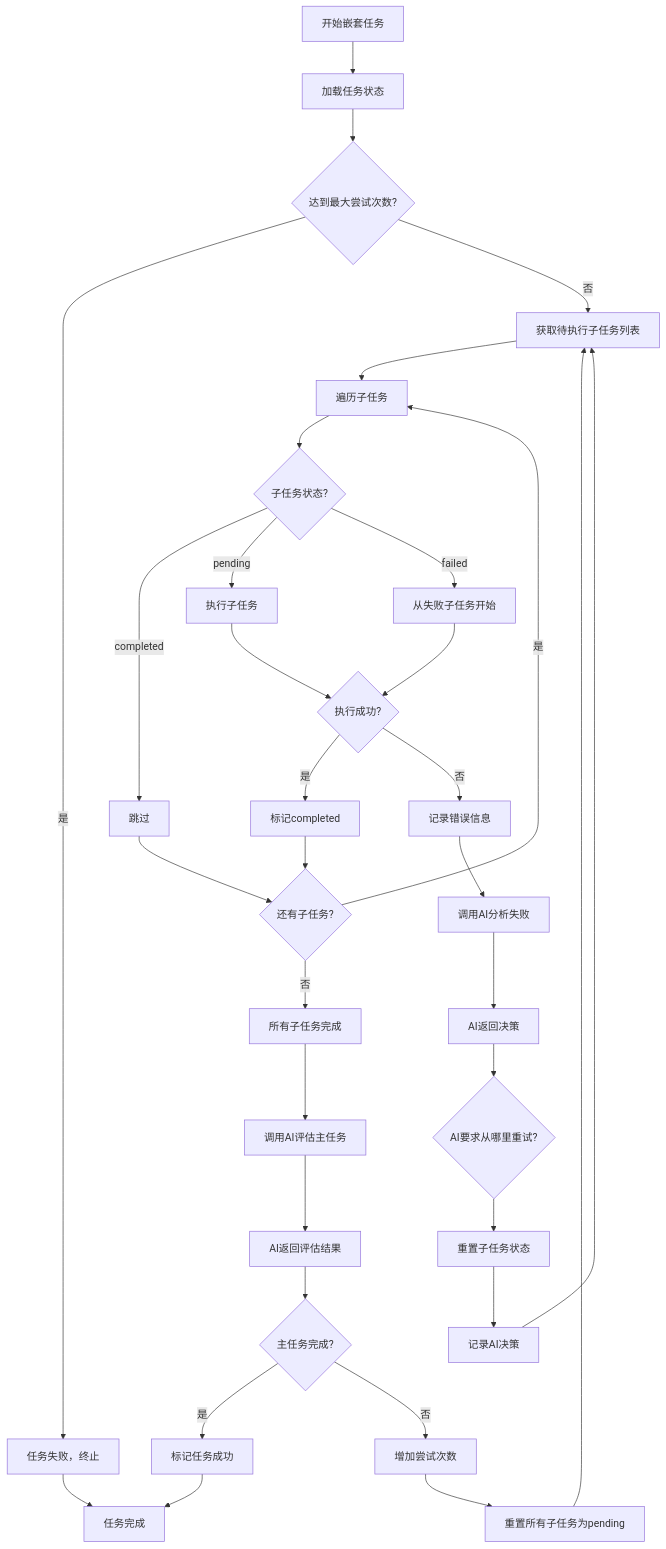
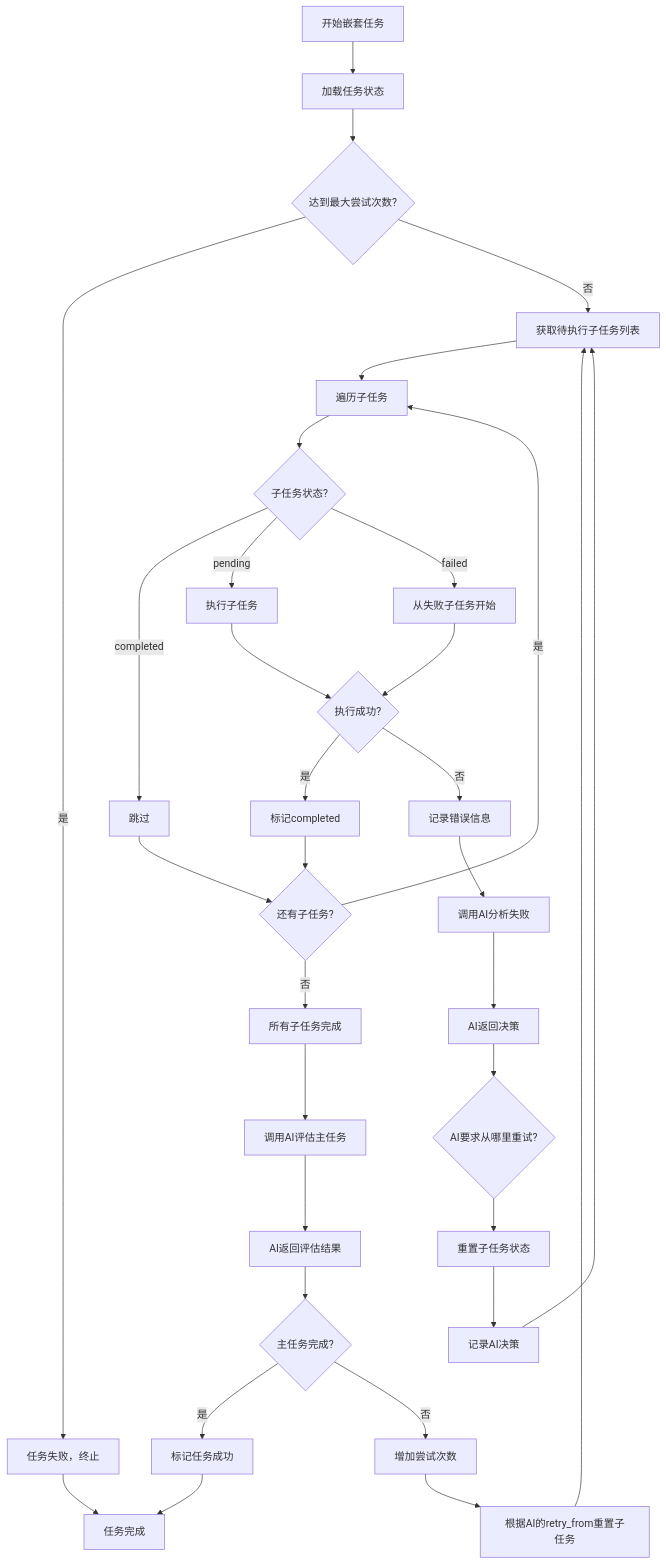
The first of 2 diagrams in ARCHITECTURE.md (fxdgg/autoagent), drawn with Mermaid before and after one commit. The commit also changed other lines of this file and 7 other files, not shown here.

````diff
--- a/ARCHITECTURE.md
+++ b/ARCHITECTURE.md
@@ -912,43 +943,43 @@
 ```mermaid
 graph TD
     A[开始嵌套任务] --> B[加载任务状态]
     B --> C{达到最大尝试次数?}
     C -->|是| Z[任务失败，终止]
     C -->|否| D[获取待执行子任务列表]
     
     D --> E[遍历子任务]
     E --> F{子任务状态?}
     F -->|completed| G[跳过]
     F -->|pending| H[执行子任务]
     F -->|failed| I[从失败子任务开始]
     
     G --> J{还有子任务?}
     J -->|是| E
     J -->|否| K[所有子任务完成]
     
     H --> L{执行成功?}
     I --> L
     
     L -->|是| M[标记completed]
     M --> J
     
     L -->|否| N[记录错误信息]
     N --> O[调用AI分析失败]
     
     O --> P[AI返回决策]
     P --> Q{AI要求从哪里重试?}
     Q --> R[重置子任务状态]
     R --> S[记录AI决策]
     S --> D
     
     K --> T[调用AI评估主任务]
     T --> U[AI返回评估结果]
     U --> V{主任务完成?}
     V -->|是| W[标记任务成功]
     V -->|否| X[增加尝试次数]
-    X --> Y[重置所有子任务为pending]
+    X --> Y[根据AI的retry_from重置子任务]
     Y --> D
     
     W --> AA[任务完成]
     Z --> AA
 ```
````
